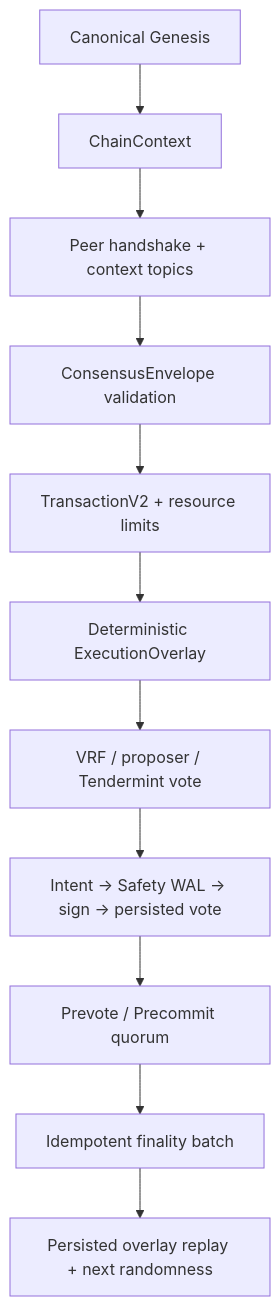
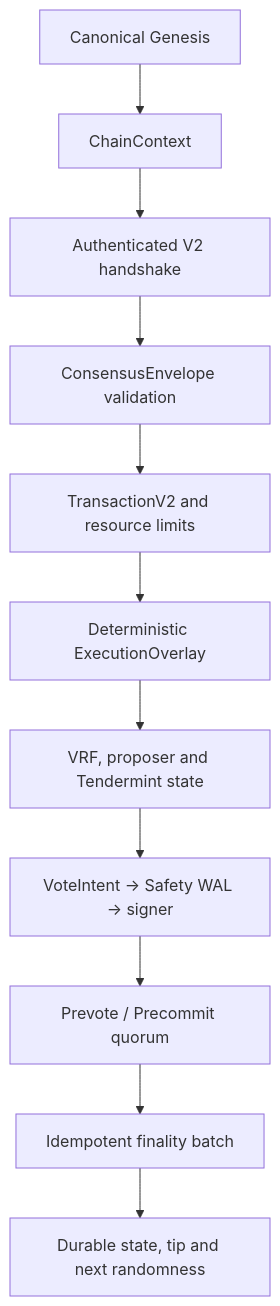
The diagram in docs/walkthrough-report.md (ymj68520/rust-norn), drawn with Mermaid before and after one commit. The commit also changed other lines of this file and 39 other files, not shown here.

````diff
--- a/docs/walkthrough-report.md
+++ b/docs/walkthrough-report.md
@@ -19,13 +11,13 @@
 ```mermaid
 flowchart TD
-    G[Canonical Genesis] --> C[ChainContext]
-    C --> H[Peer handshake + context topics]
-    H --> E[ConsensusEnvelope validation]
-    E --> T[TransactionV2 + resource limits]
-    T --> O[Deterministic ExecutionOverlay]
-    O --> V[VRF / proposer / Tendermint vote]
-    V --> W[Intent -> Safety WAL -> sign -> persisted vote]
-    W --> Q[Prevote / Precommit quorum]
-    Q --> F[Idempotent finality batch]
-    F --> R[Persisted overlay replay + next randomness]
+    G["Canonical Genesis"] --> C["ChainContext"]
+    C --> H["Authenticated V2 handshake"]
+    H --> E["ConsensusEnvelope validation"]
+    E --> T["TransactionV2 and resource limits"]
+    T --> O["Deterministic ExecutionOverlay"]
+    O --> V["VRF, proposer and Tendermint state"]
+    V --> W["VoteIntent -> Safety WAL -> signer"]
+    W --> Q["Prevote / Precommit quorum"]
+    Q --> F["Idempotent finality batch"]
+    F --> R["Durable state, tip and next randomness"]
 ```
````
